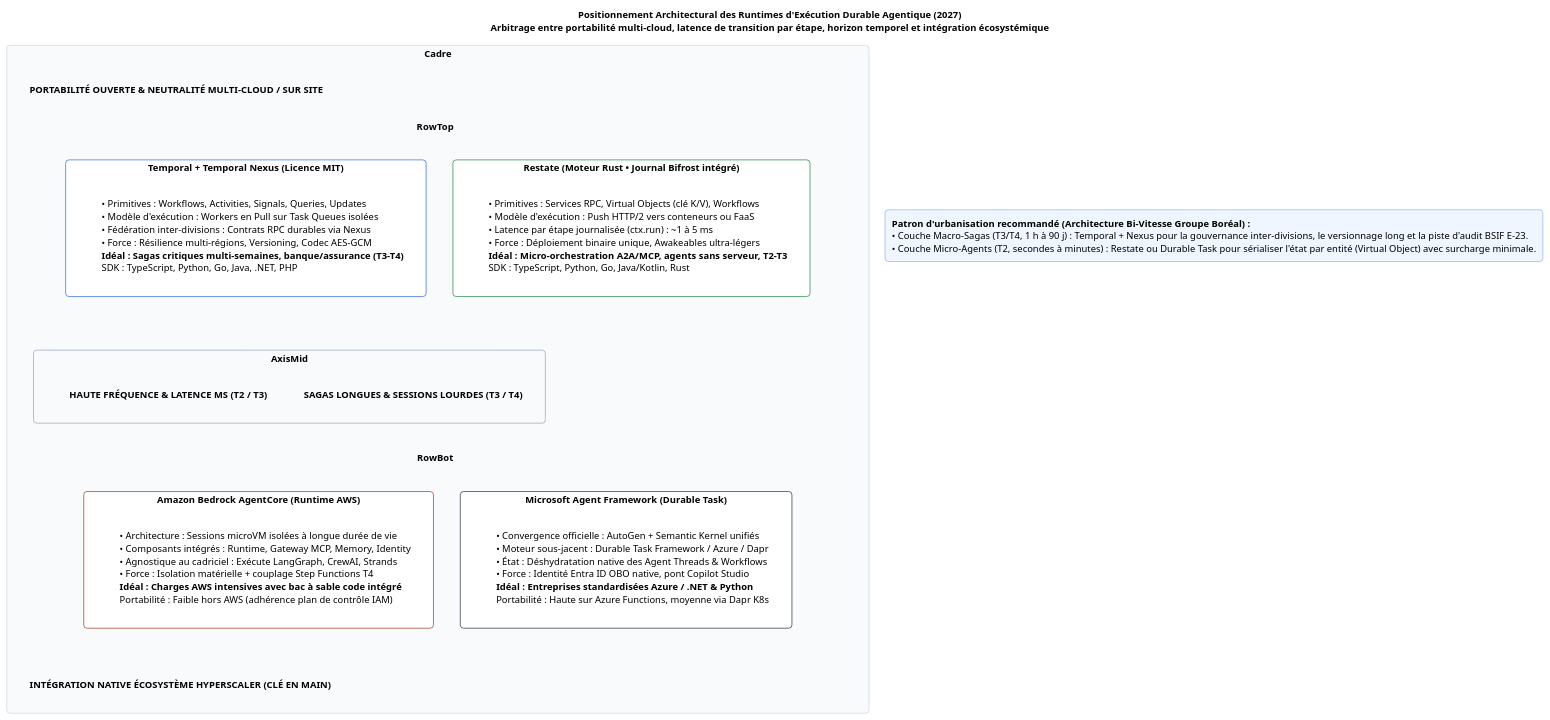
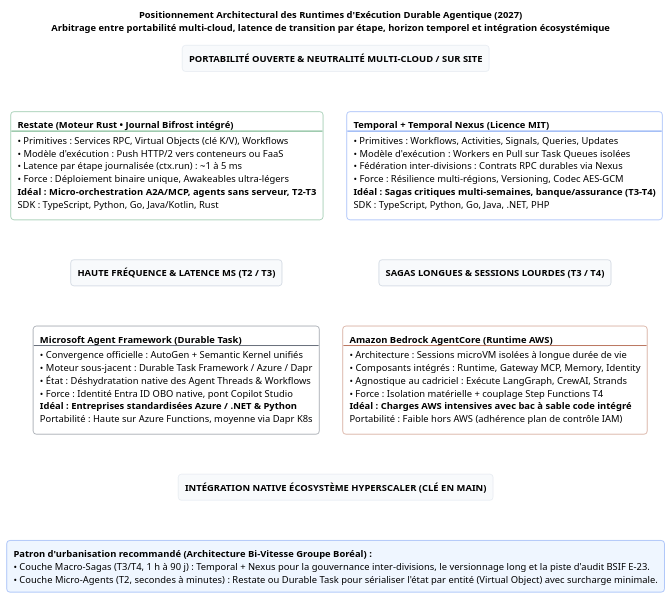
One commit to agbruneau/Agentique changed the diagram in 3 - Compendium 2027/Diagrammes/Fig-31 - Positionnement architectural comparé de Temporal, Restate, Microsoft.puml. Above: the diagram before and after it, drawn with PlantUML. The commit also changed 254 other files, not shown here.

First line of the commit message:
Audit approfondi et correction des Markdown et des 287 diagrammes des 6 ouvrages

```diff
--- a/3 - Compendium 2027/Diagrammes/Fig-31 - Positionnement architectural comparé de Temporal, Restate, Microsoft.puml
+++ b/3 - Compendium 2027/Diagrammes/Fig-31 - Positionnement architectural comparé de Temporal, Restate, Microsoft.puml
@@ -2,82 +2,80 @@
 @startuml
 title Positionnement Architectural des Runtimes d'Exécution Durable Agentique (2027)\nArbitrage entre portabilité multi-cloud, latence de transition par étape, horizon temporel et intégration écosystémique
 
 top to bottom direction
 skinparam shadowing false
 skinparam roundcorner 10
 skinparam defaultFontName "Segoe UI"
 
-rectangle Cadre #F8FAFC;line:CBD5E1 {
-  rectangle "**PORTABILITÉ OUVERTE & NEUTRALITÉ MULTI-CLOUD / SUR SITE**" as AxisTop #F8FAFC;line:F8FAFC
+rectangle "**PORTABILITÉ OUVERTE & NEUTRALITÉ MULTI-CLOUD / SUR SITE**" as AxisTop #F8FAFC;line:CBD5E1
 
-  rectangle RowTop #F8FAFC;line:F8FAFC {
-    rectangle "Restate (Moteur Rust • Journal Bifrost intégré)" as Restate #FFFFFF;line:15803D {
-      rectangle RestateBody #FFFFFF;line:FFFFFF [
-        • Primitives : Services RPC, Virtual Objects (clé K/V), Workflows
-        • Modèle d'exécution : Push HTTP/2 vers conteneurs ou FaaS
-        • Latence par étape journalisée (ctx.run) : ~1 à 5 ms
-        • Force : Déploiement binaire unique, Awakeables ultra-légers
-        **Idéal : Micro-orchestration A2A/MCP, agents sans serveur, T2-T3**
-        SDK : TypeScript, Python, Go, Java/Kotlin, Rust
-      ]
-    }
-    rectangle "Temporal + Temporal Nexus (Licence MIT)" as Temporal #FFFFFF;line:2563EB {
-      rectangle TemporalBody #FFFFFF;line:FFFFFF [
-        • Primitives : Workflows, Activities, Signals, Queries, Updates
-        • Modèle d'exécution : Workers en Pull sur Task Queues isolées
-        • Fédération inter-divisions : Contrats RPC durables via Nexus
-        • Force : Résilience multi-régions, Versioning, Codec AES-GCM
-        **Idéal : Sagas critiques multi-semaines, banque/assurance (T3-T4)**
-        SDK : TypeScript, Python, Go, Java, .NET, PHP
-      ]
-    }
-    Restate -[hidden]right-> Temporal
-  }
+rectangle Restate #FFFFFF;line:15803D [
+  **Restate (Moteur Rust • Journal Bifrost intégré)**
+  ----
+  • Primitives : Services RPC, Virtual Objects (clé K/V), Workflows
+  • Modèle d'exécution : Push HTTP/2 vers conteneurs ou FaaS
+  • Latence par étape journalisée (ctx.run) : ~1 à 5 ms
+  • Force : Déploiement binaire unique, Awakeables ultra-légers
+  **Idéal : Micro-orchestration A2A/MCP, agents sans serveur, T2-T3**
+  SDK : TypeScript, Python, Go, Java/Kotlin, Rust
+]
 
-  rectangle AxisMid #F8FAFC;line:94A3B8 {
-    rectangle "**HAUTE FRÉQUENCE & LATENCE MS (T2 / T3)**" as MidL #F8FAFC;line:F8FAFC
-    rectangle "**SAGAS LONGUES & SESSIONS LOURDES (T3 / T4)**" as MidR #F8FAFC;line:F8FAFC
-    MidL -[hidden]right-> MidR
-  }
+rectangle Temporal #FFFFFF;line:2563EB [
+  **Temporal + Temporal Nexus (Licence MIT)**
+  ----
+  • Primitives : Workflows, Activities, Signals, Queries, Updates
+  • Modèle d'exécution : Workers en Pull sur Task Queues isolées
+  • Fédération inter-divisions : Contrats RPC durables via Nexus
+  • Force : Résilience multi-régions, Versioning, Codec AES-GCM
+  **Idéal : Sagas critiques multi-semaines, banque/assurance (T3-T4)**
+  SDK : TypeScript, Python, Go, Java, .NET, PHP
+]
 
-  rectangle RowBot #F8FAFC;line:F8FAFC {
-    rectangle "Microsoft Agent Framework (Durable Task)" as MSFT #FFFFFF;line:1E293B {
-      rectangle MSFTBody #FFFFFF;line:FFFFFF [
-        • Convergence officielle : AutoGen + Semantic Kernel unifiés
-        • Moteur sous-jacent : Durable Task Framework / Azure / Dapr
-        • État : Déshydratation native des Agent Threads & Workflows
-        • Force : Identité Entra ID OBO native, pont Copilot Studio
-        **Idéal : Entreprises standardisées Azure / .NET & Python**
-        Portabilité : Haute sur Azure Functions, moyenne via Dapr K8s
-      ]
-    }
-    rectangle "Amazon Bedrock AgentCore (Runtime AWS)" as AWS #FFFFFF;line:9A3412 {
-      rectangle AWSBody #FFFFFF;line:FFFFFF [
-        • Architecture : Sessions microVM isolées à longue durée de vie
-        • Composants intégrés : Runtime, Gateway MCP, Memory, Identity
-        • Agnostique au cadriciel : Exécute LangGraph, CrewAI, Strands
-        • Force : Isolation matérielle + couplage Step Functions T4
-        **Idéal : Charges AWS intensives avec bac à sable code intégré**
-        Portabilité : Faible hors AWS (adhérence plan de contrôle IAM)
-      ]
-    }
-    MSFT -[hidden]right-> AWS
-  }
+rectangle "**HAUTE FRÉQUENCE & LATENCE MS (T2 / T3)**" as MidL #F8FAFC;line:94A3B8
+rectangle "**SAGAS LONGUES & SESSIONS LOURDES (T3 / T4)**" as MidR #F8FAFC;line:94A3B8
 
-  rectangle "**INTÉGRATION NATIVE ÉCOSYSTÈME HYPERSCALER (CLÉ EN MAIN)**" as AxisBot #F8FAFC;line:F8FAFC
+rectangle MSFT #FFFFFF;line:1E293B [
+  **Microsoft Agent Framework (Durable Task)**
+  ----
+  • Convergence officielle : AutoGen + Semantic Kernel unifiés
+  • Moteur sous-jacent : Durable Task Framework / Azure / Dapr
+  • État : Déshydratation native des Agent Threads & Workflows
+  • Force : Identité Entra ID OBO native, pont Copilot Studio
+  **Idéal : Entreprises standardisées Azure / .NET & Python**
+  Portabilité : Haute sur Azure Functions, moyenne via Dapr K8s
+]
 
-  AxisTop -[hidden]down-> RowTop
-  RowTop -[hidden]down-> AxisMid
-  AxisMid -[hidden]down-> RowBot
-  RowBot -[hidden]down-> AxisBot
-}
+rectangle AWS #FFFFFF;line:9A3412 [
+  **Amazon Bedrock AgentCore (Runtime AWS)**
+  ----
+  • Architecture : Sessions microVM isolées à longue durée de vie
+  • Composants intégrés : Runtime, Gateway MCP, Memory, Identity
+  • Agnostique au cadriciel : Exécute LangGraph, CrewAI, Strands
+  • Force : Isolation matérielle + couplage Step Functions T4
+  **Idéal : Charges AWS intensives avec bac à sable code intégré**
+  Portabilité : Faible hors AWS (adhérence plan de contrôle IAM)
+]
+
+rectangle "**INTÉGRATION NATIVE ÉCOSYSTÈME HYPERSCALER (CLÉ EN MAIN)**" as AxisBot #F8FAFC;line:CBD5E1
 
 rectangle Urbanisation #EFF6FF;line:2563EB [
   **Patron d'urbanisation recommandé (Architecture Bi-Vitesse Groupe Boréal) :**
   • Couche Macro-Sagas (T3/T4, 1 h à 90 j) : Temporal + Nexus pour la gouvernance inter-divisions, le versionnage long et la piste d'audit BSIF E-23.
   • Couche Micro-Agents (T2, secondes à minutes) : Restate ou Durable Task pour sérialiser l'état par entité (Virtual Object) avec surcharge minimale.
 ]
 
-Cadre -[hidden]down-> Urbanisation
+Restate -[hidden]right-> Temporal
+MidL -[hidden]right-> MidR
+MSFT -[hidden]right-> AWS
+
+AxisTop -[hidden]down-> Restate
+AxisTop -[hidden]down-> Temporal
+Restate -[hidden]down-> MidL
+Temporal -[hidden]down-> MidR
+MidL -[hidden]down-> MSFT
+MidR -[hidden]down-> AWS
+MSFT -[hidden]down-> AxisBot
+AWS -[hidden]down-> AxisBot
+AxisBot -[hidden]down-> Urbanisation
 
 @enduml
```
